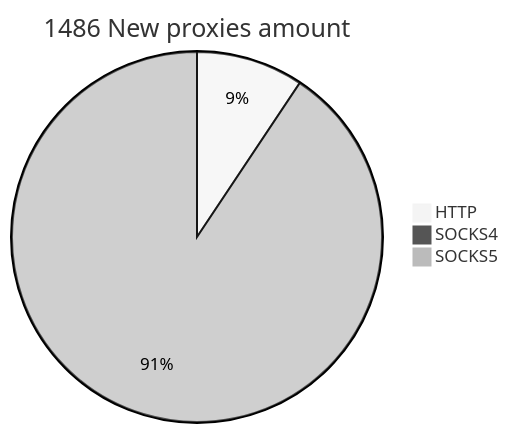
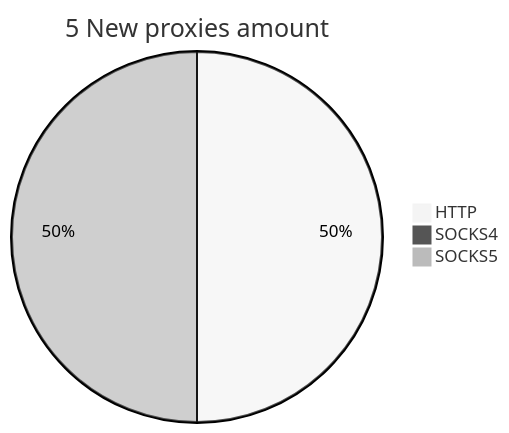
Before and after one commit to cutipu/proxylist: the second of 2 diagrams in README.md, drawn with Mermaid (neutral theme). The commit also changed other lines of this file, not shown here.

````diff
--- a/README.md
+++ b/README.md
@@ -10,6 +10,6 @@
 ```mermaid
-pie title 1486 New proxies amount
-    "HTTP" : 142
+pie title 5 New proxies amount
+    "HTTP" : 3
     "SOCKS4" : 0
-    "SOCKS5" : 1375
+    "SOCKS5" : 3
 ```
````
